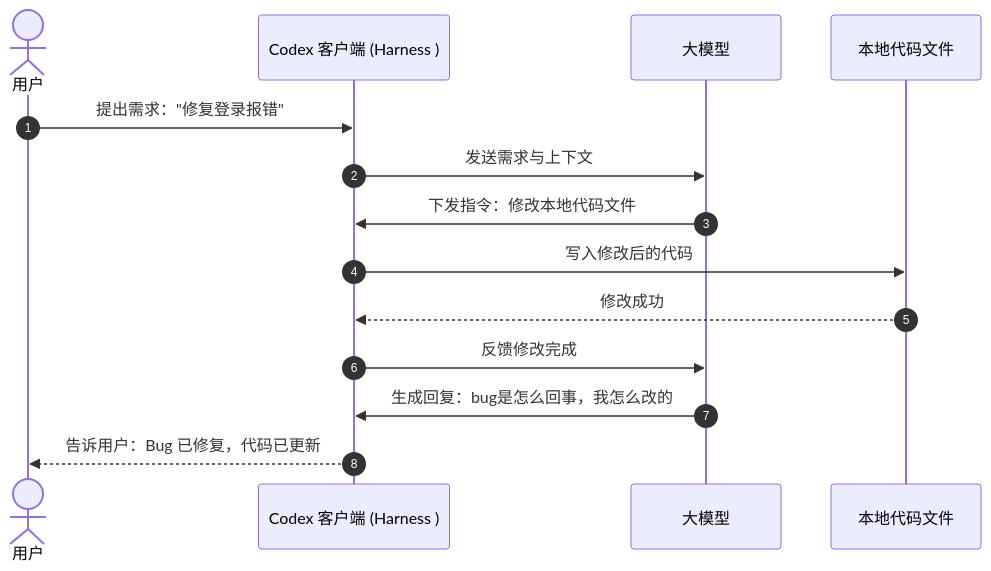
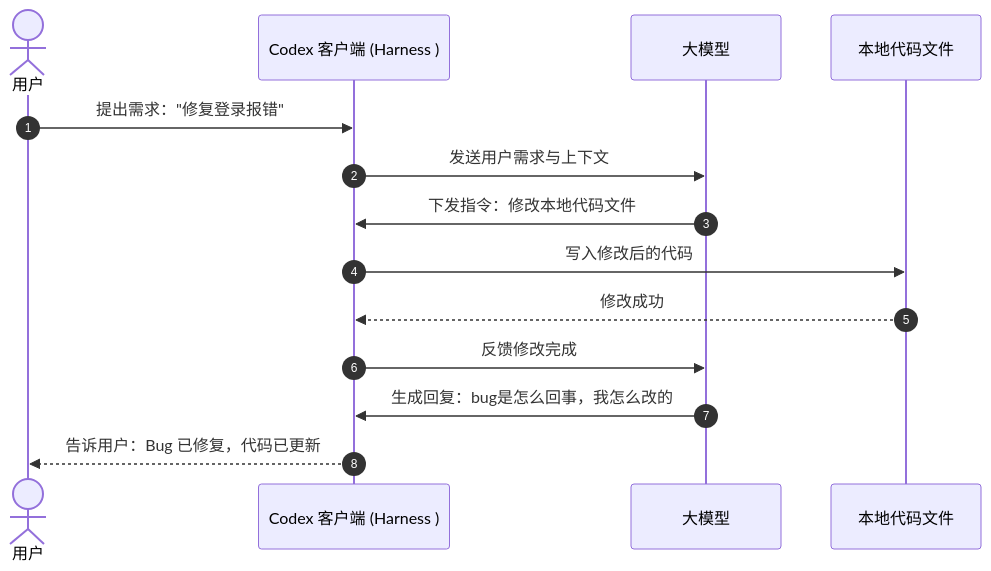
The diagram in 培训.md (Shawn-zhao/training), drawn with Mermaid before and after one commit. The commit also changed other lines of this file, not shown here.

````diff
--- a/培训.md
+++ b/培训.md
@@ -351,19 +354,19 @@
 ```mermaid
 sequenceDiagram
     autonumber
     actor User as 用户
     participant Client as Codex 客户端 (Harness )
     participant LLM as 大模型 
     participant File as 本地代码文件
 
     User->>Client: 提出需求："修复登录报错"
-    Client->>LLM: 发送需求与上下文
+    Client->>LLM: 发送用户需求与上下文
 
     LLM->>Client: 下发指令：修改本地代码文件
     Client->>File: 写入修改后的代码
     File-->>Client: 修改成功
     Client->>LLM: 反馈修改完成
 
     LLM->>Client: 生成回复：bug是怎么回事，我怎么改的
     Client-->>User: 告诉用户：Bug 已修复，代码已更新
 ```
````
